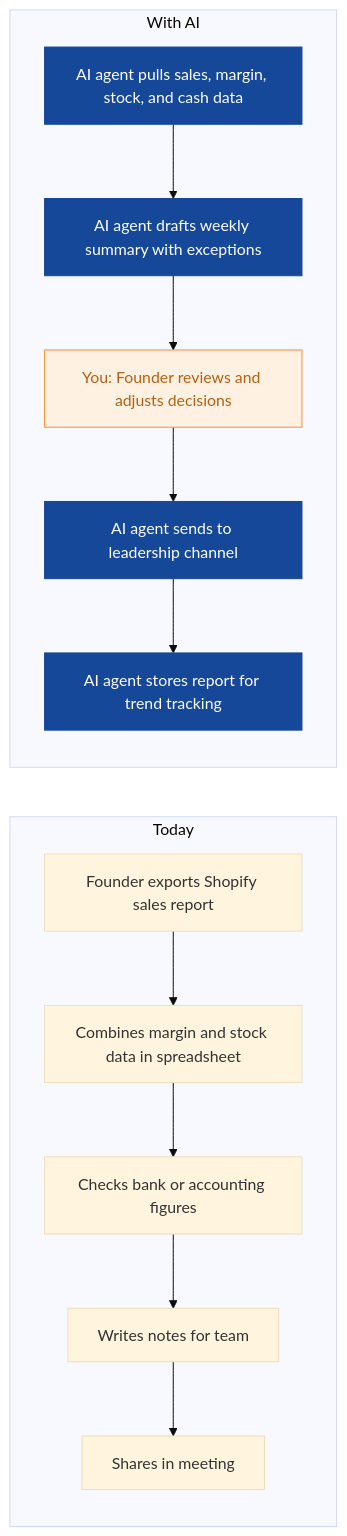
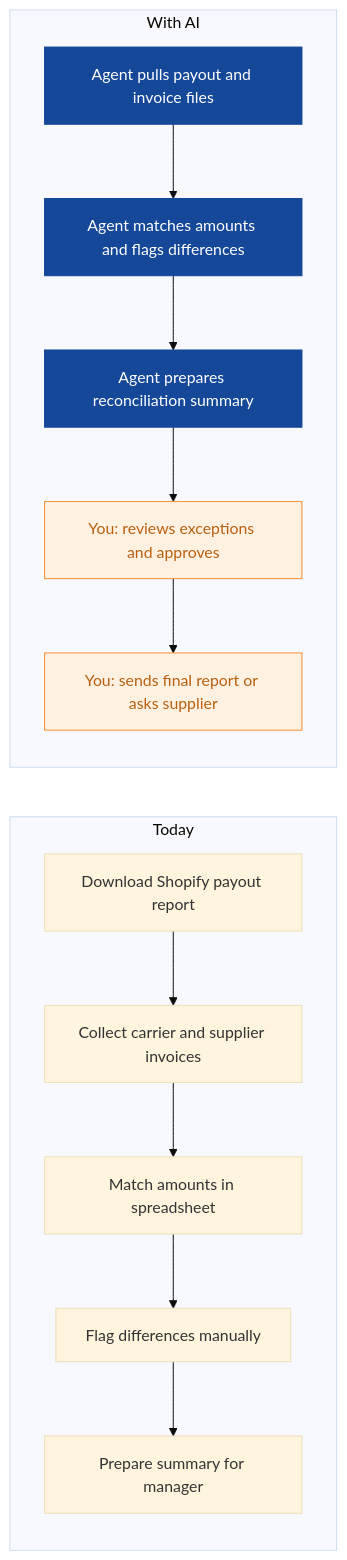
Before and after one commit to nexibeo/Complete-AI-Strategy: the sixth of 8 diagrams in strategies/tidewell-outdoor.md, drawn with Mermaid (base theme). The commit also changed other lines of this file and 26 other files, not shown here.

````diff
--- a/strategies/tidewell-outdoor.md
+++ b/strategies/tidewell-outdoor.md
@@ -220,23 +197,23 @@
 ```mermaid
 flowchart LR
   subgraph Today
-    B0["Founder exports Shopify sales report"]
-    B1["Combines margin and stock data in spreadsheet"]
-    B2["Checks bank or accounting figures"]
-    B3["Writes notes for team"]
-    B4["Shares in meeting"]
+    B0["Download Shopify payout report"]
+    B1["Collect carrier and supplier invoices"]
+    B2["Match amounts in spreadsheet"]
+    B3["Flag differences manually"]
+    B4["Prepare summary for manager"]
     B0 --> B1 --> B2 --> B3 --> B4
   end
   subgraph WithAI[With AI]
-    A0["AI agent pulls sales, margin, stock, and cash data"]
-    A1["AI agent drafts weekly summary with exceptions"]
-    A2["You: Founder reviews and adjusts decisions"]
-    A3["AI agent sends to leadership channel"]
-    A4["AI agent stores report for trend tracking"]
+    A0["Agent pulls payout and invoice files"]
+    A1["Agent matches amounts and flags differences"]
+    A2["Agent prepares reconciliation summary"]
+    A3["You: reviews exceptions and approves"]
+    A4["You: sends final report or asks supplier"]
     A0 --> A1 --> A2 --> A3 --> A4
   end
   classDef ai fill:#154899,color:#fff,stroke:#154899
   classDef human fill:#FFF1E2,color:#B8600F,stroke:#F98F2C
-  class A0,A1,A3,A4 ai
-  class A2 human
+  class A0,A1,A2 ai
+  class A3,A4 human
 ```
````
